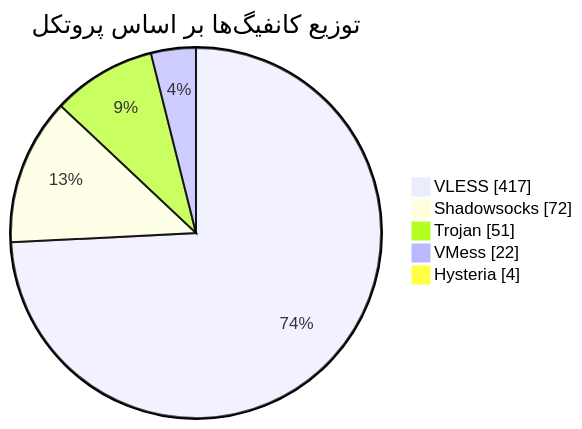
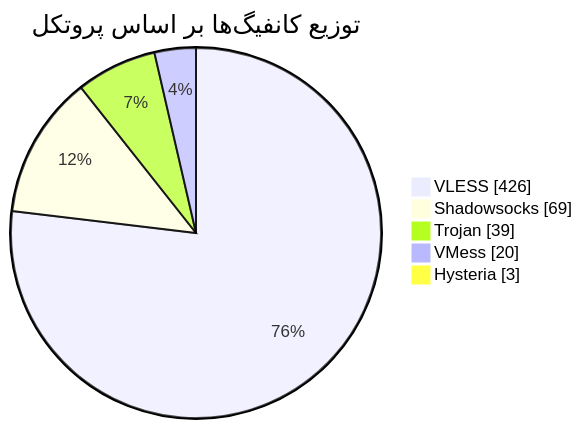
The diagram in README.md (Arian-Alijani/Somthing), drawn with Mermaid before and after one commit. The commit also changed other lines of this file and 83 other files, not shown here.

````diff
--- a/README.md
+++ b/README.md
@@ -47,9 +47,9 @@
 ```mermaid
 pie showData
     title توزیع کانفیگ‌ها بر اساس پروتکل
-    "VLESS" : 417
-    "Shadowsocks" : 72
-    "Trojan" : 51
-    "VMess" : 22
-    "Hysteria" : 4
+    "VLESS" : 426
+    "Shadowsocks" : 69
+    "Trojan" : 39
+    "VMess" : 20
+    "Hysteria" : 3
 ```
````
